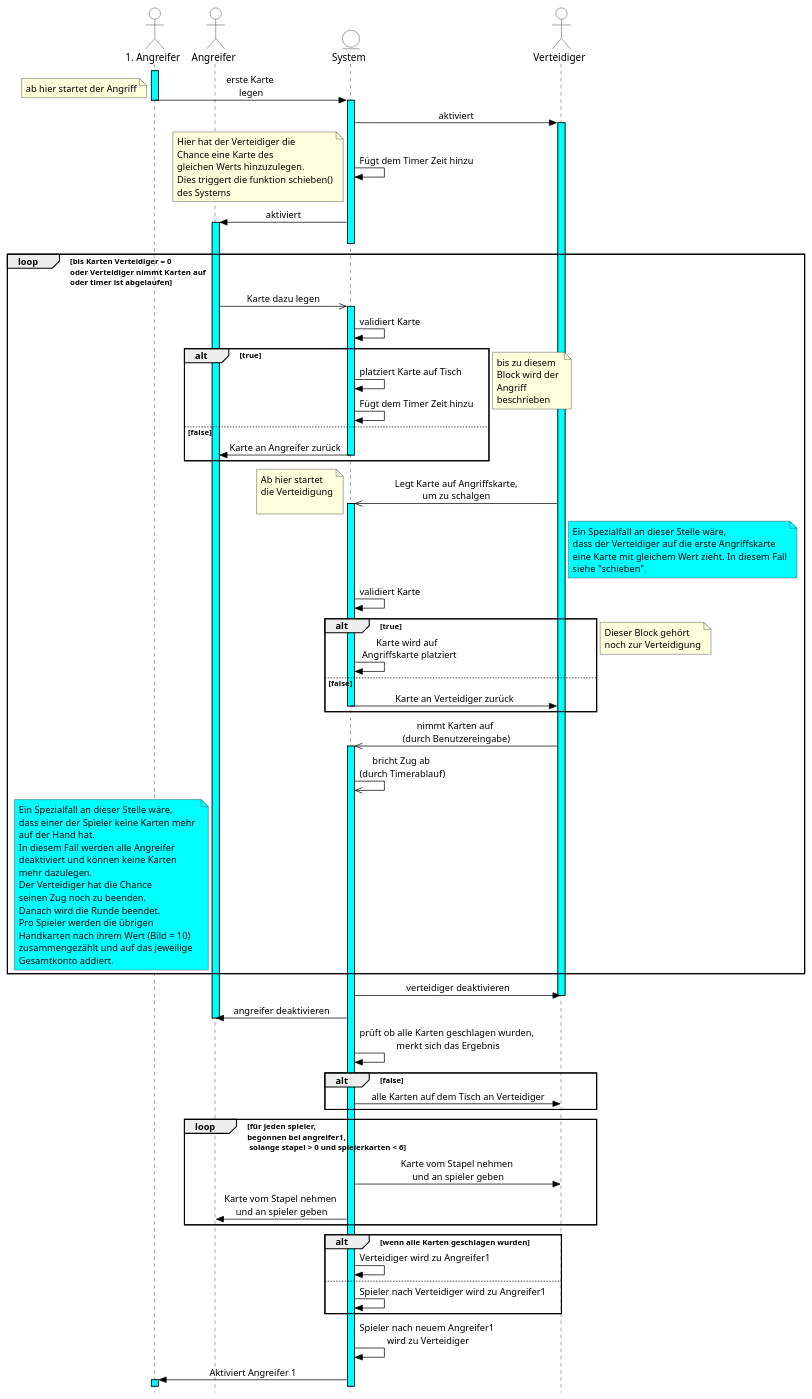
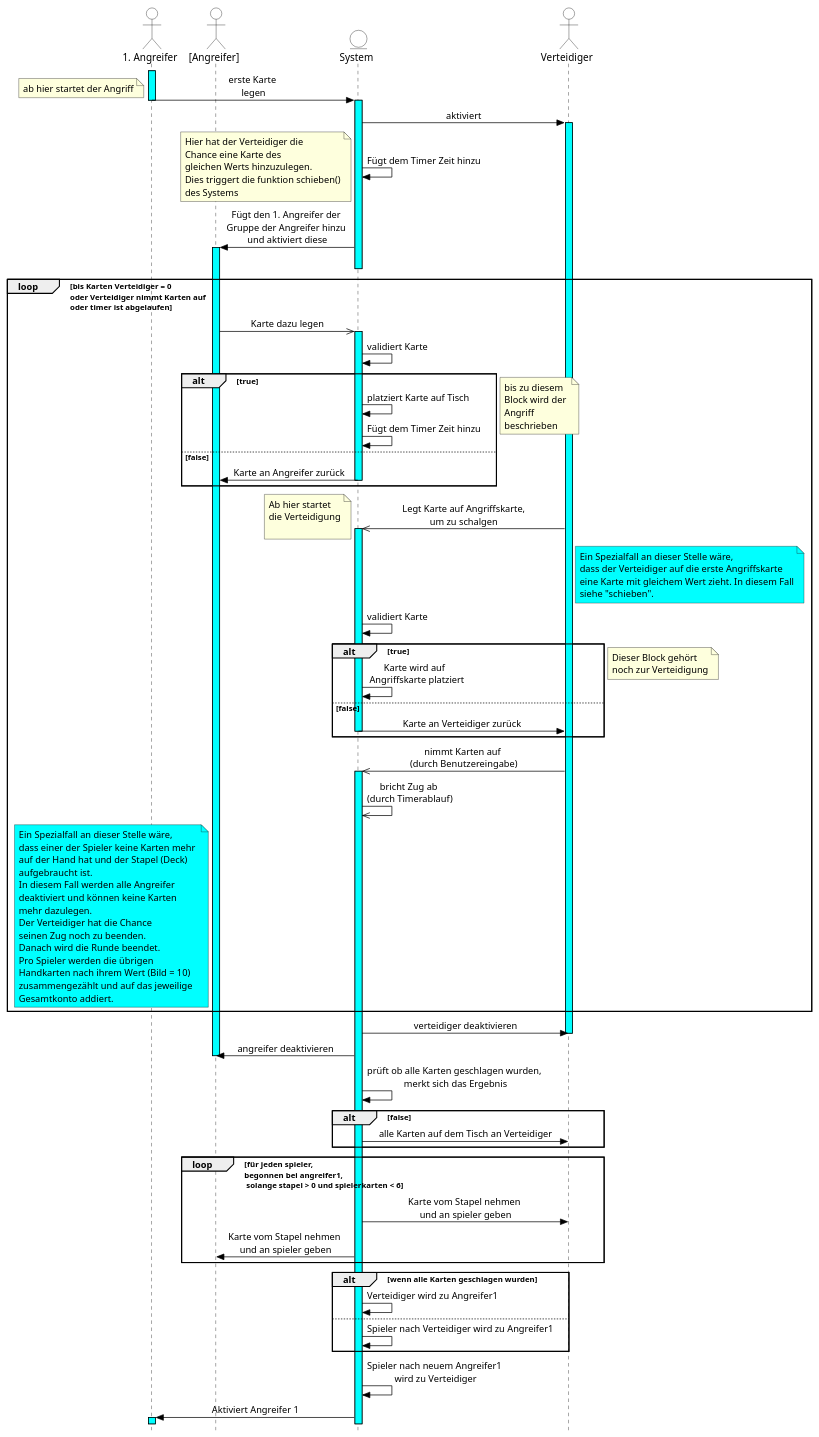
One commit to DerLurchi/Durak changed the diagram in Sequenzdiagramm/Sequenzdiagramm_Zug.puml. Above: the diagram before and after it, drawn with PlantUML. The commit also changed 3 other files, not shown here.

Commit message:
1. Angreifer hinzugefügt und angepasst

```diff
--- a/Sequenzdiagramm/Sequenzdiagramm_Zug.puml
+++ b/Sequenzdiagramm/Sequenzdiagramm_Zug.puml
@@ -1,137 +1,138 @@
 @startuml Durak Zug
 
 skinparam {
     Style strictuml
 
     ArrowColor black
     ActorBorderColor black
     ActorBackgroundColor white
     ActorFontColor black
 
     EntityBackgroundColor lawnGreen
     EntityBackgroundColor white
     EntityBorderColor black
 
     SequenceMessageAlignment center 
 }
 
 skinparam sequence {
     LifeLineBorderColor black
     LifeLineBackgroundColor #aqua
 }
 
 skinparam Shadowing false
 
 '-----------------------------------------------------
 
 actor "1. Angreifer" as a1
-actor "Angreifer" as a
+actor "[Angreifer]" as a
 entity System as sys
 actor Verteidiger as v
 
 '-----------------------------------------------------
 activate a1
 a1 -> sys --++: erste Karte \nlegen
 note left: ab hier startet der Angriff
 
 sys -> v ++ : aktiviert
 sys -> sys : Fügt dem Timer Zeit hinzu
 note left  
 Hier hat der Verteidiger die 
 Chance eine Karte des 
 gleichen Werts hinzuzulegen.
 Dies triggert die funktion schieben()
 des Systems
 end note
-sys -> a ++-- : aktiviert
+sys -> a ++-- : Fügt den 1. Angreifer der \nGruppe der Angreifer hinzu \nund aktiviert diese
 
 loop bis Karten Verteidiger = 0 \noder Verteidiger nimmt Karten auf \noder timer ist abgelaufen
     
     a ->> sys ++: Karte dazu legen
 
     sys -> sys : validiert Karte
 
     alt true
 
         sys -> sys : platziert Karte auf Tisch
         sys -> sys : Fügt dem Timer Zeit hinzu
 
     else false
 
         sys -> a --: Karte an Angreifer zurück
 
     end
     note left: bis zu diesem \nBlock wird der \nAngriff \nbeschrieben
 
     v ->> sys ++ : Legt Karte auf Angriffskarte,\num zu schalgen
     note left: Ab hier startet \ndie Verteidigung\n
     note right of v #aqua
     Ein Spezialfall an dieser Stelle wäre,
     dass der Verteidiger auf die erste Angriffskarte 
     eine Karte mit gleichem Wert zieht. In diesem Fall
     siehe "schieben".
     end note
 
     sys -> sys : validiert Karte
 
     alt true
 
         sys -> sys : Karte wird auf \n Angriffskarte platziert
 
     else false
 
         sys -> v -- : Karte an Verteidiger zurück
 
     end
     note left: Dieser Block gehört \nnoch zur Verteidigung
 
     v ->> sys ++ : nimmt Karten auf \n(durch Benutzereingabe)
     sys ->> sys: bricht Zug ab \n(durch Timerablauf)
     note left of a #aqua
     Ein Spezialfall an dieser Stelle wäre,
     dass einer der Spieler keine Karten mehr 
-    auf der Hand hat.
+    auf der Hand hat und der Stapel (Deck)
+    aufgebraucht ist.
     In diesem Fall werden alle Angreifer 
     deaktiviert und können keine Karten 
     mehr dazulegen.
     Der Verteidiger hat die Chance 
     seinen Zug noch zu beenden.
     Danach wird die Runde beendet.
     Pro Spieler werden die übrigen 
     Handkarten nach ihrem Wert (Bild = 10) 
     zusammengezählt und auf das jeweilige 
     Gesamtkonto addiert.
     end note
 
 end
 
 sys -> v : verteidiger deaktivieren
 deactivate v
 sys -> a : angreifer deaktivieren
 deactivate a
 
 sys -> sys : prüft ob alle Karten geschlagen wurden, \nmerkt sich das Ergebnis
 
 alt false
 
     sys -> v : alle Karten auf dem Tisch an Verteidiger
 
 end
 
 loop für jeden spieler, \nbegonnen bei angreifer1, \n solange stapel > 0 und spielerkarten < 6
     sys -> v : Karte vom Stapel nehmen \nund an spieler geben
     sys -> a : Karte vom Stapel nehmen \nund an spieler geben
 end
 
 alt wenn alle Karten geschlagen wurden
     sys -> sys : Verteidiger wird zu Angreifer1
 
 else
     sys -> sys : Spieler nach Verteidiger wird zu Angreifer1
 end
 
 sys -> sys : Spieler nach neuem Angreifer1 \nwird zu Verteidiger
 
 sys -> a1 ++ : Aktiviert Angreifer 1
 
 @enduml
```
